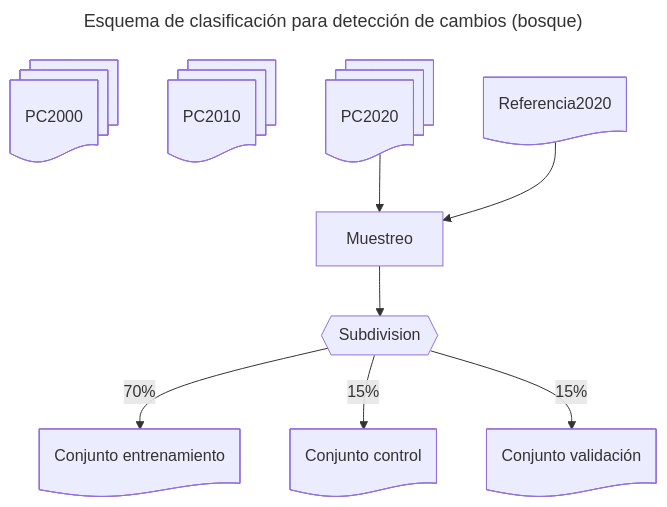
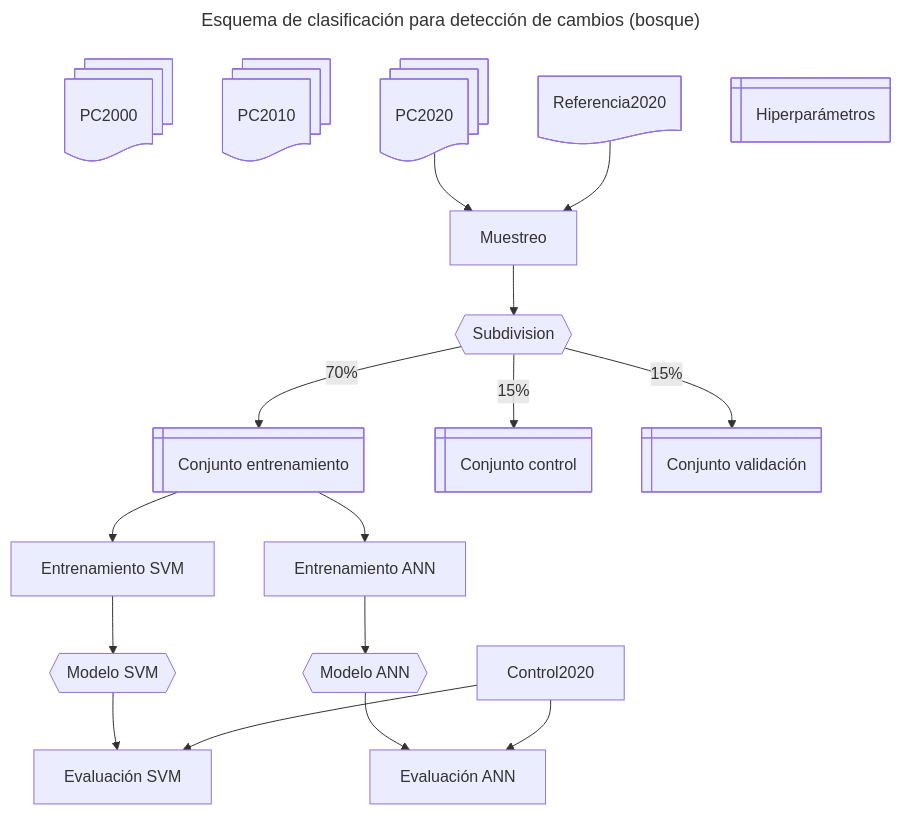
Before and after one commit to vshalisko/GEE: the diagram in ANPs/Esquema_clasificacion.mermaid, drawn with Mermaid. The commit also changed other lines of this file, not shown here.

```diff
--- a/ANPs/Esquema_clasificacion.mermaid
+++ b/ANPs/Esquema_clasificacion.mermaid
@@ -1,20 +1,38 @@
 ---
 title: Esquema de clasificación para detección de cambios (bosque)
 ---
 flowchart TD
     PC2000@{ shape: docs, label: PC2000}
     PC2010@{ shape: docs, label: PC2010}
     PC2020@{ shape: docs, label: PC2020}
     Ref2020@{ shape: doc, label: Referencia2020}
     Muestreo@{ shape: proc, label: Muestreo}
     Subset@{ shape: hex, label: Subdivision}
-    Train2020@{ shape: doc, label: Conjunto entrenamiento}
-    Test2020@{ shape: doc, label: Conjunto control}
-    Valid2020@{ shape: doc, label: Conjunto validación}
+    Train2020@{ shape: win-pane, label: Conjunto entrenamiento}
+    Test2020@{ shape: win-pane, label: Conjunto control}
+    Valid2020@{ shape: win-pane, label: Conjunto validación}
+
+    Hiperparam@{ shape: win-pane, label: Hiperparámetros}
+    TrainSVM@{ shape: proc, label: Entrenamiento SVM}
+    TrainANN@{ shape: proc, label: Entrenamiento ANN}
+    ModeloSVM@{ shape: hex, label: Modelo SVM}
+    ModeloANN@{ shape: hex, label: Modelo ANN}
+    ControlSVM@{ shape: proc, label: Evaluación SVM}
+    ControlANN@{ shape: proc, label: Evaluación ANN}
+
 
     PC2020 --> Muestreo
     Ref2020 --> Muestreo
     Muestreo --> Subset
     Subset --70%--> Train2020
     Subset --15%--> Test2020
     Subset --15%--> Valid2020
+
+    Train2020 --> TrainSVM
+    Train2020 --> TrainANN
+    TrainSVM --> ModeloSVM
+    TrainANN --> ModeloANN
+    ModeloSVM --> ControlSVM
+    ModeloANN --> ControlANN
+    Control2020 --> ControlSVM
+    Control2020 --> ControlANN
```
